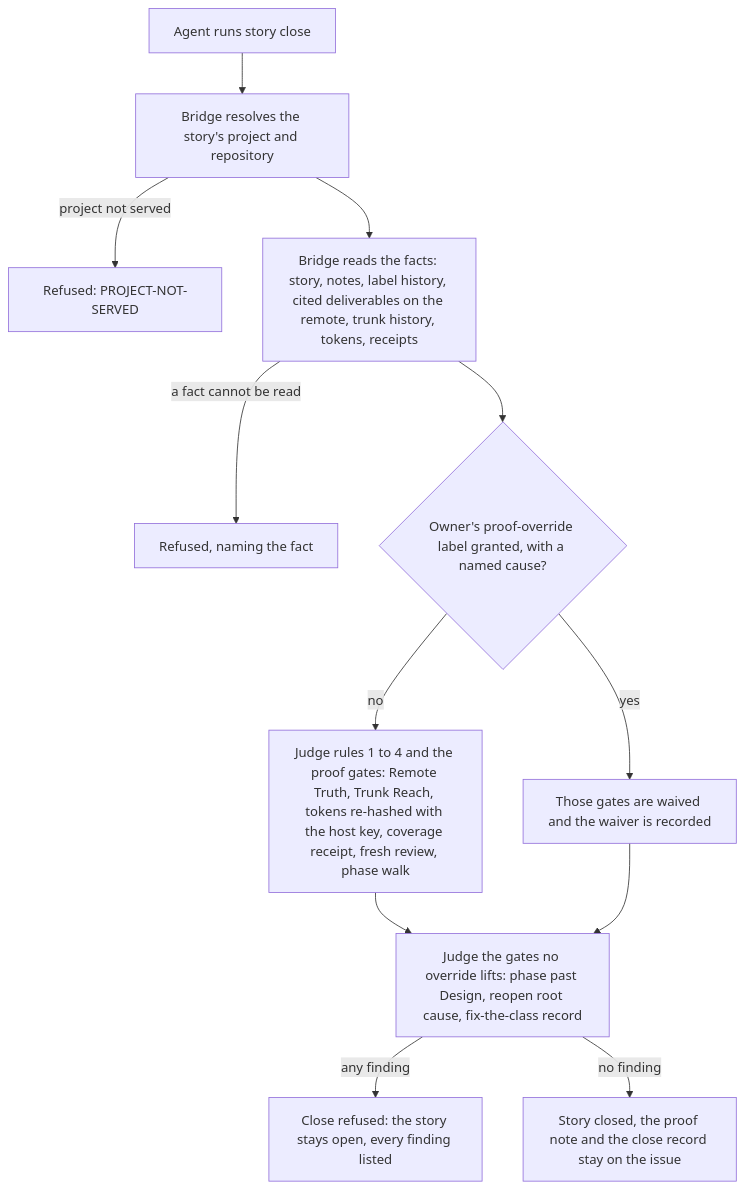
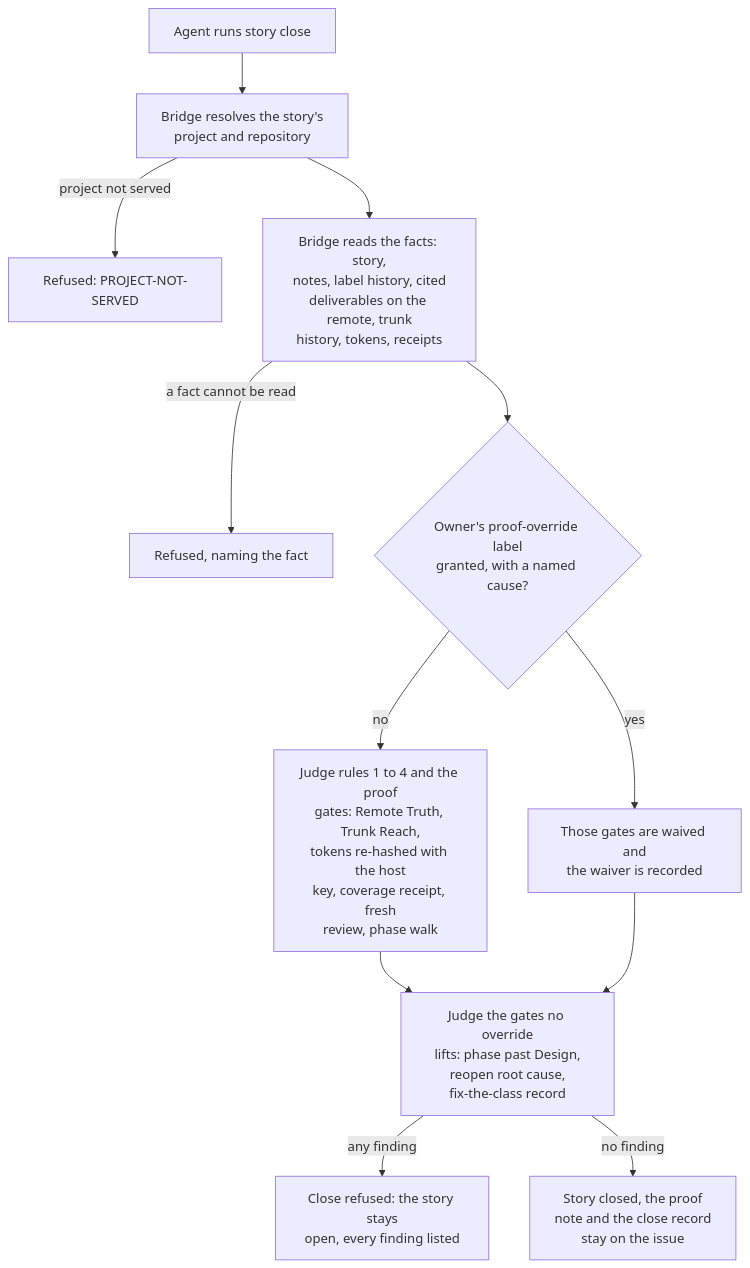
One commit to DogmaSolutions/Kyklos changed the first of 3 diagrams in docs/WORKFLOW.md. Above: the diagram before and after it, drawn with Mermaid. The commit also changed other lines of this file and 38 other files, not shown here.

````diff
--- a/docs/WORKFLOW.md
+++ b/docs/WORKFLOW.md
@@ -135,14 +135,14 @@
 ```mermaid
 flowchart TD
-    A["Agent runs story close"] --> B["Bridge resolves the story's project and repository"]
+    A["Agent runs story close"] --> B["Bridge resolves the story's<br/>project and repository"]
     B -->|"project not served"| X1["Refused: PROJECT-NOT-SERVED"]
-    B --> C["Bridge reads the facts: story, notes, label history, cited deliverables on the remote, trunk history, tokens, receipts"]
+    B --> C["Bridge reads the facts: story,<br/>notes, label history, cited<br/>deliverables on the remote, trunk<br/>history, tokens, receipts"]
     C -->|"a fact cannot be read"| X2["Refused, naming the fact"]
-    C --> D{"Owner's proof-override label granted, with a named cause?"}
-    D -->|"no"| E["Judge rules 1 to 4 and the proof gates: Remote Truth, Trunk Reach, tokens re-hashed with the host key, coverage receipt, fresh review, phase walk"]
-    D -->|"yes"| F["Those gates are waived and the waiver is recorded"]
-    E --> G["Judge the gates no override lifts: phase past Design, reopen root cause, fix-the-class record"]
+    C --> D{"Owner's proof-override label<br/>granted, with a named cause?"}
+    D -->|"no"| E["Judge rules 1 to 4 and the proof<br/>gates: Remote Truth, Trunk Reach,<br/>tokens re-hashed with the host<br/>key, coverage receipt, fresh<br/>review, phase walk"]
+    D -->|"yes"| F["Those gates are waived and<br/>the waiver is recorded"]
+    E --> G["Judge the gates no override<br/>lifts: phase past Design,<br/>reopen root cause,<br/>fix-the-class record"]
     F --> G
-    G -->|"any finding"| X3["Close refused: the story stays open, every finding listed"]
-    G -->|"no finding"| H["Story closed, the proof note and the close record stay on the issue"]
+    G -->|"any finding"| X3["Close refused: the story stays<br/>open, every finding listed"]
+    G -->|"no finding"| H["Story closed, the proof<br/>note and the close record<br/>stay on the issue"]
 ```
````
